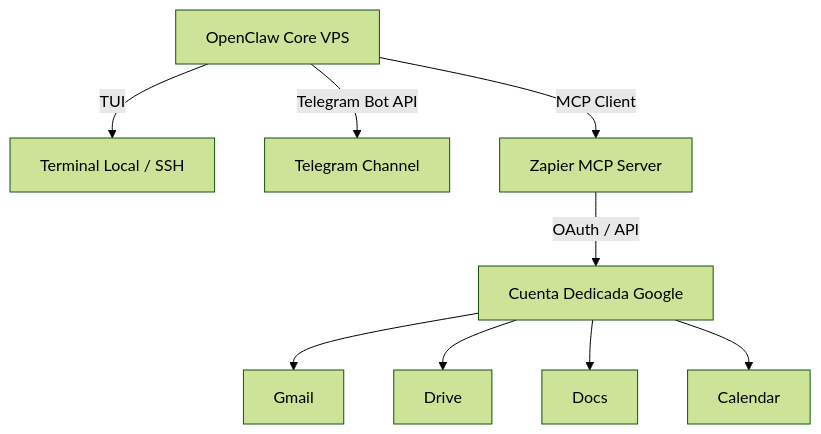
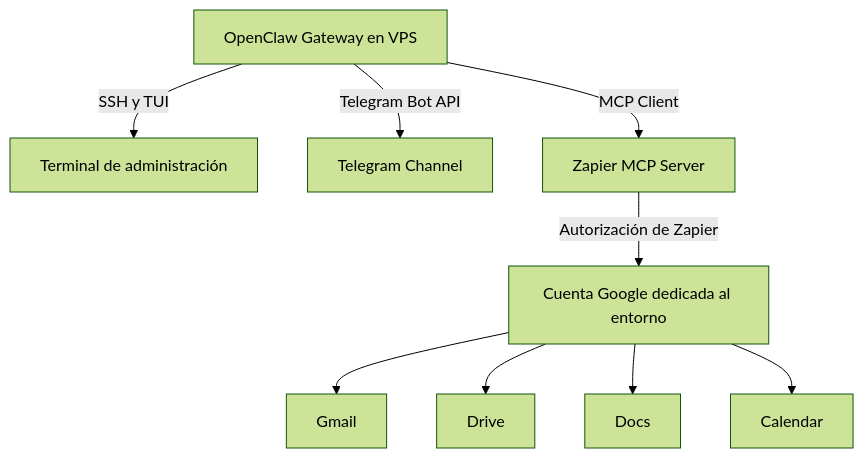
The diagram in TOOLS.md (4GeeksAcademy/openclaw-ruthcarol2810), drawn with Mermaid (forest theme) before and after one commit. The commit also changed other lines of this file and 10 other files, not shown here.

````diff
--- a/TOOLS.md
+++ b/TOOLS.md
@@ -11,11 +11,11 @@
 ```mermaid
 graph TD
-    A[OpenClaw Core VPS] -->|TUI| B[Terminal Local / SSH]
+    A[OpenClaw Gateway en VPS] -->|SSH y TUI| B[Terminal de administración]
     A -->|Telegram Bot API| C[Telegram Channel]
     A -->|MCP Client| D[Zapier MCP Server]
-    D -->|OAuth / API| E[Cuenta Dedicada Google]
+    D -->|Autorización de Zapier| E[Cuenta Google dedicada al entorno]
     E --> Gmail
     E --> Drive
     E --> Docs
     E --> Calendar
 ```
````
